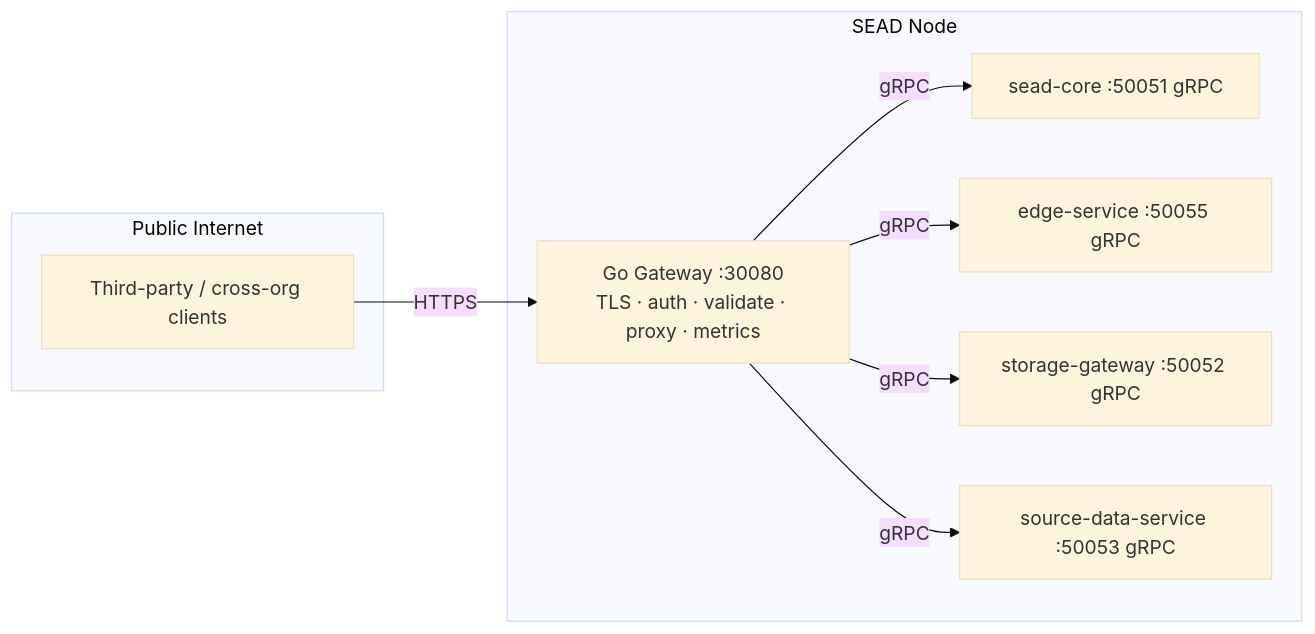
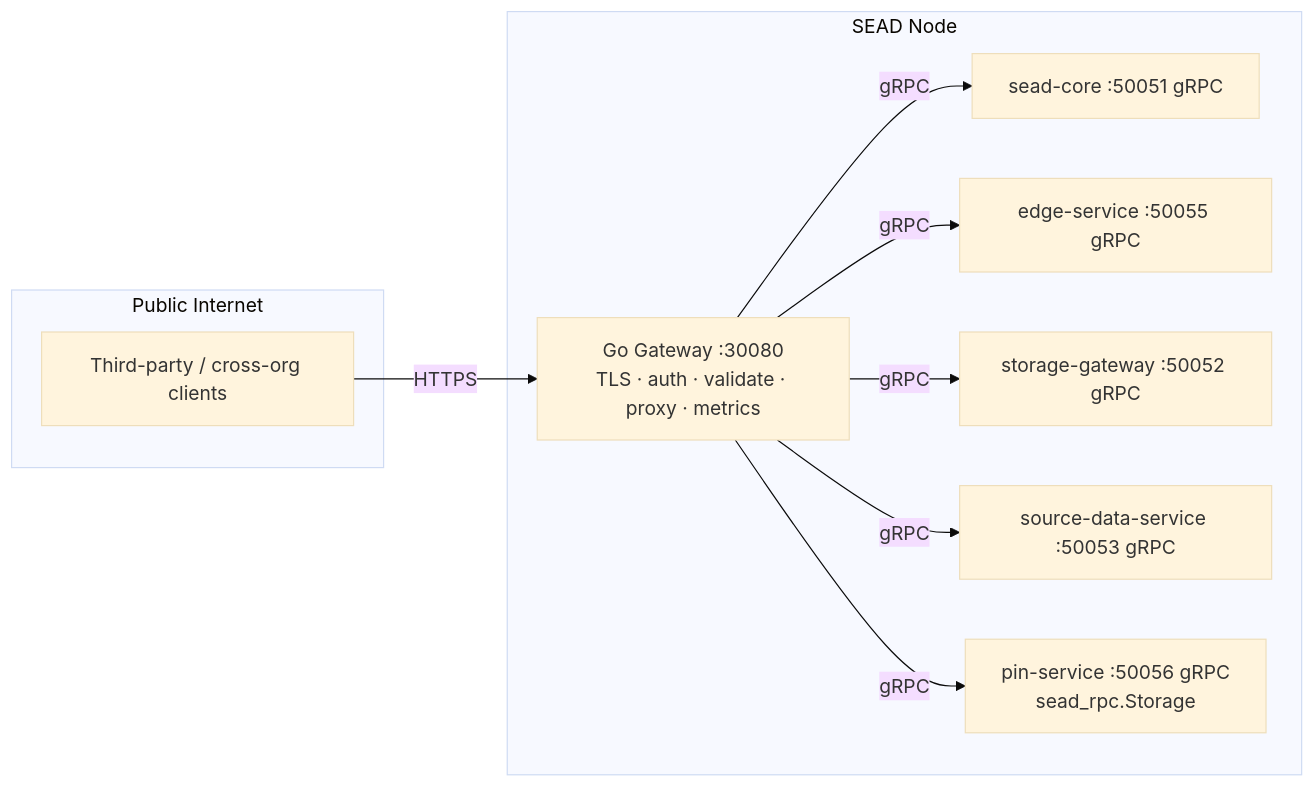
Before and after one commit to Stardome-technology/stardome-sead-gateway: the diagram in README.md, drawn with Mermaid (base theme). The commit also changed other lines of this file, not shown here.

First line of the commit message:
docs: note pin service owns IPFS boundary in gateway README

````diff
--- a/README.md
+++ b/README.md
@@ -10,20 +10,22 @@
 ```mermaid
 graph LR
     subgraph "Public Internet"
         Client[Third-party / cross-org clients]
     end
 
     subgraph "SEAD Node"
         GW[Go Gateway :30080<br/>TLS · auth · validate · proxy · metrics]
         SC[sead-core :50051 gRPC]
         ED[edge-service :50055 gRPC]
         ST[storage-gateway :50052 gRPC]
         SD[source-data-service :50053 gRPC]
+        PS[pin-service :50056 gRPC<br/>sead_rpc.Storage]
         GW -->|gRPC| SC
         GW -->|gRPC| ED
         GW -->|gRPC| ST
         GW -->|gRPC| SD
+        GW -->|gRPC| PS
     end
 
     Client -->|HTTPS| GW
 ```
````
